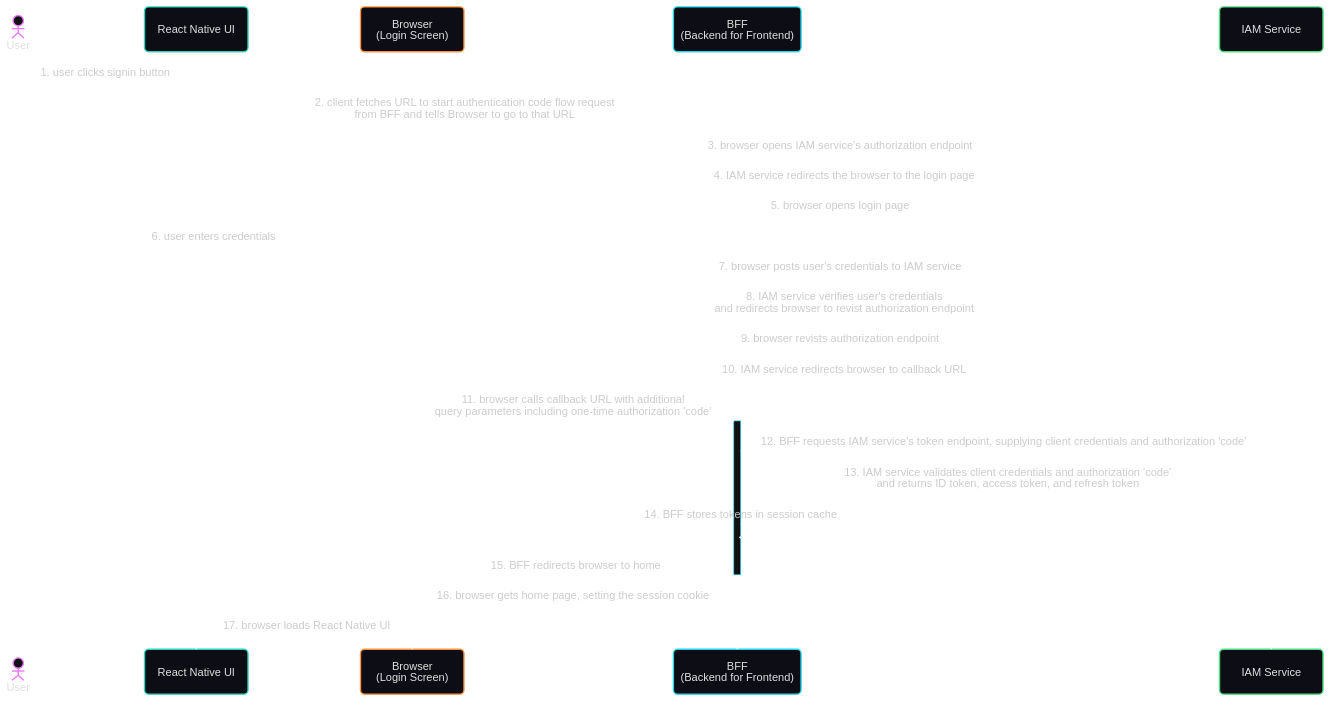
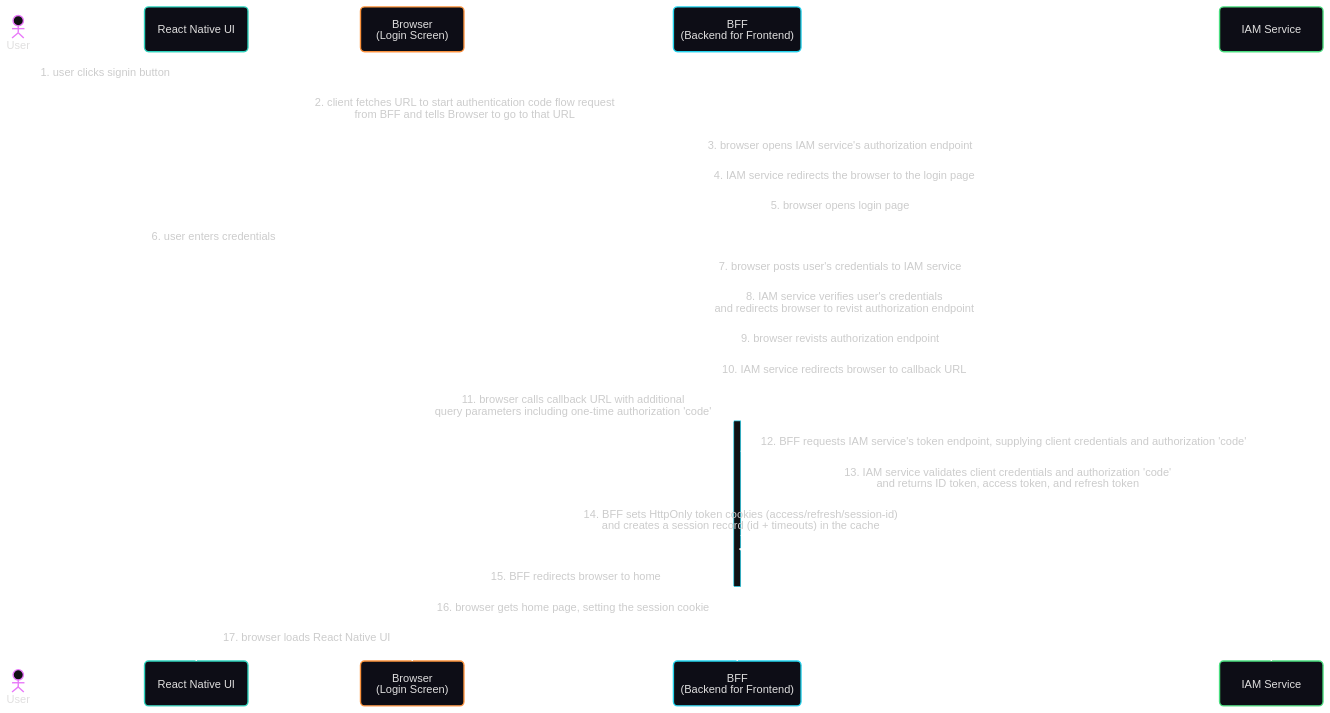
Before and after one commit to jumbleknot/MovieCollectionManager: the third of 5 diagrams in .specify/memory/constitution.md, drawn with Mermaid. The commit also changed other lines of this file and 178 other files, not shown here.

````diff
--- a/.specify/memory/constitution.md
+++ b/.specify/memory/constitution.md
@@ -872,33 +875,33 @@
 ```mermaid
 ---
 config:
   theme: redux-dark-color
   look: neo
 ---
 sequenceDiagram
   actor User
   participant ReactNativeUI as React Native UI
   participant Browser as Browser<br/>(Login Screen)
   participant BFF as BFF<br/>(Backend for Frontend)
   participant IAM as IAM Service
 
   User->>ReactNativeUI: 1. user clicks signin button
   ReactNativeUI->>BFF: 2. client fetches URL to start authentication code flow request<br/>from BFF and tells Browser to go to that URL
   Browser->>IAM: 3. browser opens IAM service's authorization endpoint
   IAM-->>Browser: 4. IAM service redirects the browser to the login page
   Browser->>IAM: 5. browser opens login page
   User->>Browser: 6. user enters credentials
   Browser->>IAM: 7. browser posts user's credentials to IAM service
   IAM-->>Browser: 8. IAM service verifies user's credentials<br/>and redirects browser to revist authorization endpoint
   Browser->>IAM: 9. browser revists authorization endpoint
   IAM-->>Browser: 10. IAM service redirects browser to callback URL
   Browser->>BFF: 11. browser calls callback URL with additional<br/>query parameters including one-time authorization 'code'
   activate BFF
   BFF->>IAM: 12. BFF requests IAM service's token endpoint, supplying client credentials and authorization 'code'
   IAM-->>BFF: 13. IAM service validates client credentials and authorization 'code'<br/>and returns ID token, access token, and refresh token
-  BFF->>BFF: 14. BFF stores tokens in session cache
+  BFF->>BFF: 14. BFF sets HttpOnly token cookies (access/refresh/session-id)<br/>and creates a session record (id + timeouts) in the cache
   BFF-->>Browser: 15. BFF redirects browser to home
   deactivate BFF
   Browser->>BFF: 16. browser gets home page, setting the session cookie
   Browser->>ReactNativeUI: 17. browser loads React Native UI
 ```
````
